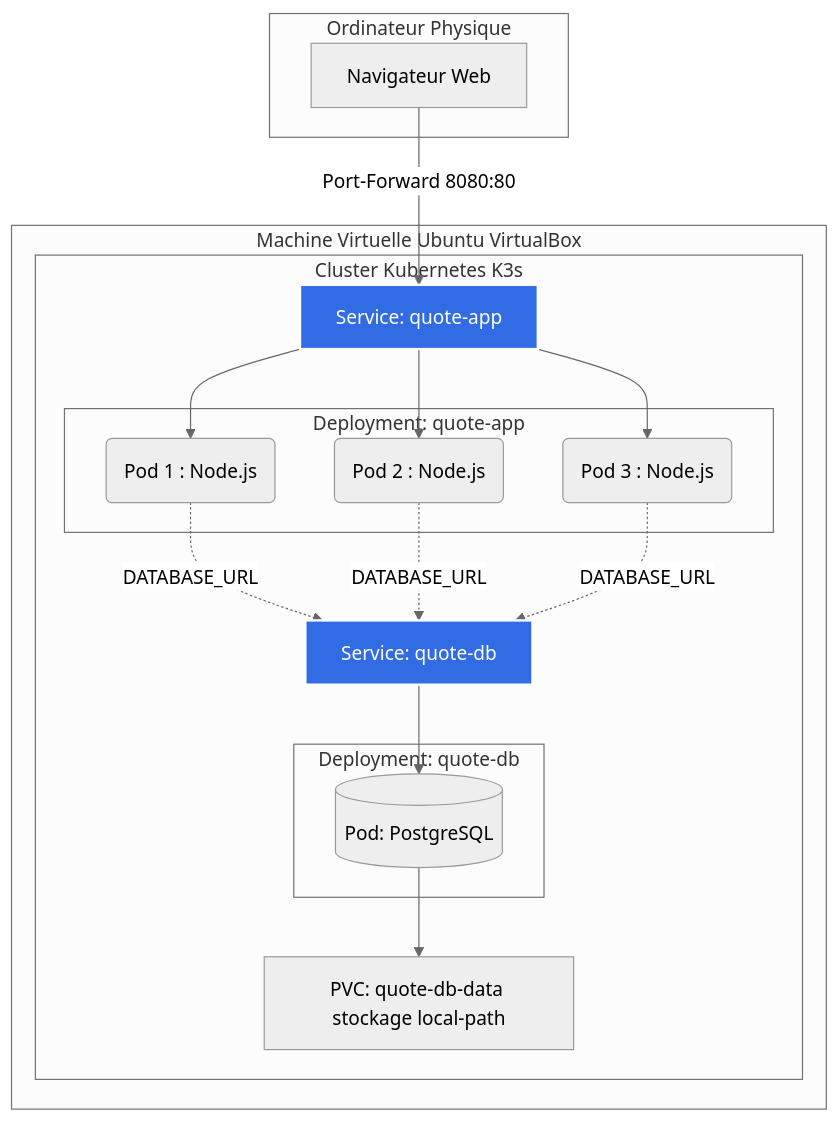
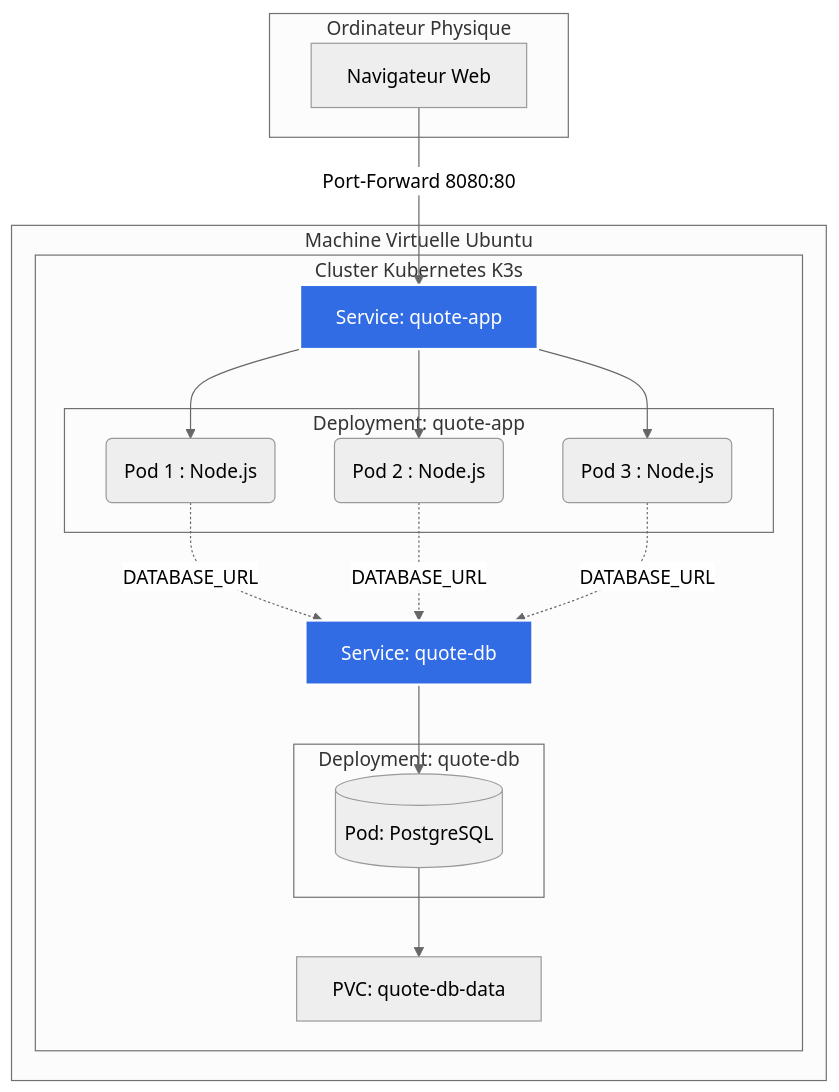
The diagram in labs/52-architecture/architecture-notes.md (Maelbs/res507-2025-2026-work), drawn with Mermaid (neutral theme) before and after one commit.

Commit message:
other: graph fix v2

````diff
--- a/labs/52-architecture/architecture-notes.md
+++ b/labs/52-architecture/architecture-notes.md
@@ -4,42 +4,42 @@
 ```mermaid
 graph TD
 subgraph Host [Ordinateur Physique]
 Browser["Navigateur Web"]
 end
 
-subgraph VM [Machine Virtuelle Ubuntu VirtualBox]
+subgraph VM [Machine Virtuelle Ubuntu]
 subgraph K3s [Cluster Kubernetes K3s]
 SvcApp["Service: quote-app"]
 
 subgraph DepApp [Deployment: quote-app]
 Pod1("Pod 1 : Node.js")
 Pod2("Pod 2 : Node.js")
 Pod3("Pod 3 : Node.js")
 end
 
 SvcDB["Service: quote-db"]
 
 subgraph DepDB [Deployment: quote-db]
 PodDB[("Pod: PostgreSQL")]
 end
 
-PVC["PVC: quote-db-data stockage local-path"]
+PVC["PVC: quote-db-data"]
 end
 end
 
-Browser -- "Port-Forward 8080:80" --> SvcApp
+Browser -->|Port-Forward 8080:80| SvcApp
 
 SvcApp --> Pod1
 SvcApp --> Pod2
 SvcApp --> Pod3
 
-Pod1 -. "DATABASE_URL" .-> SvcDB
-Pod2 -. "DATABASE_URL" .-> SvcDB
-Pod3 -. "DATABASE_URL" .-> SvcDB
+Pod1 -.->|DATABASE_URL| SvcDB
+Pod2 -.->|DATABASE_URL| SvcDB
+Pod3 -.->|DATABASE_URL| SvcDB
 
 SvcDB --> PodDB
 PodDB --> PVC
 
 classDef k8s fill:#326ce5,stroke:#fff,stroke-width:2px,color:#fff;
 class SvcApp,SvcDB k8s;
 ```
````
